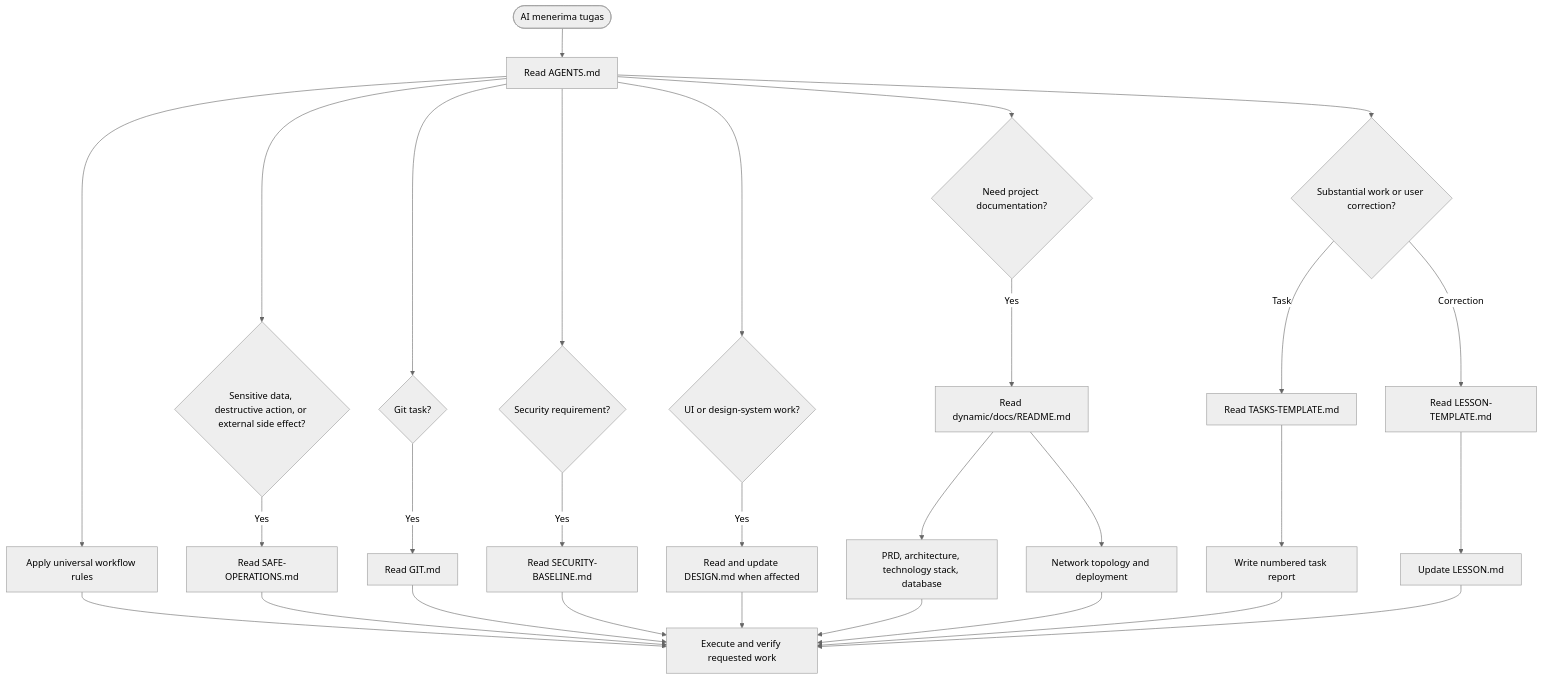
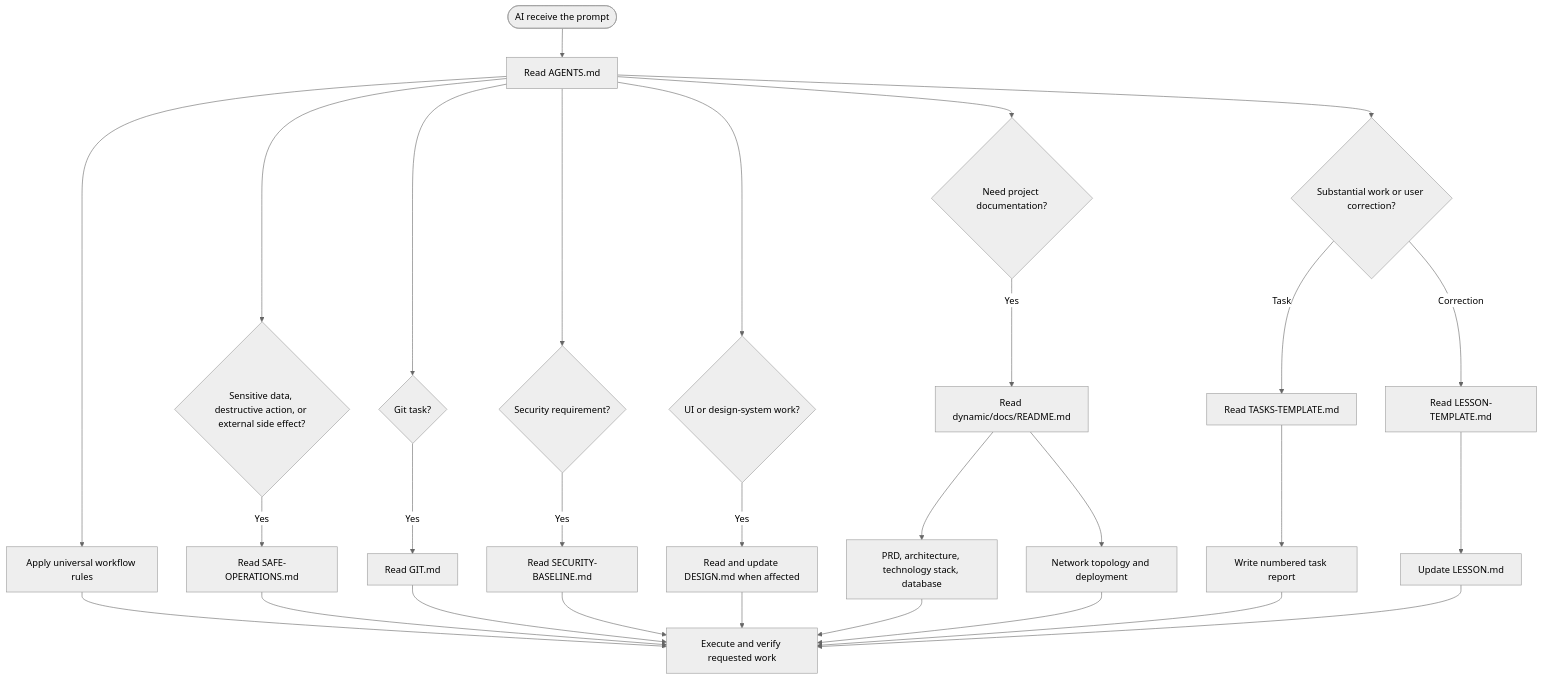
The diagram in README.md (manry-hub/agent-foundry), drawn with Mermaid (neutral theme) before and after one commit. The commit also changed other lines of this file and 1 other file, not shown here.

````diff
--- a/README.md
+++ b/README.md
@@ -40,38 +7,38 @@
 ```mermaid
 flowchart TD
-  task([AI menerima tugas]) --> agents[Read AGENTS.md]
+  task([AI receive the prompt]) --> agents[Read AGENTS.md]
   agents --> universal[Apply universal workflow rules]
 
   agents --> safety{Sensitive data, destructive action, or external side effect?}
   safety -->|Yes| safe[Read SAFE-OPERATIONS.md]
 
   agents --> git{Git task?}
   git -->|Yes| gitRules[Read GIT.md]
 
   agents --> security{Security requirement?}
   security -->|Yes| securityBaseline[Read SECURITY-BASELINE.md]
 
   agents --> ui{UI or design-system work?}
   ui -->|Yes| design[Read and update DESIGN.md when affected]
 
   agents --> context{Need project documentation?}
   context -->|Yes| docsIndex[Read dynamic/docs/README.md]
   docsIndex --> product[PRD, architecture, technology stack, database]
   docsIndex --> production[Network topology and deployment]
 
   agents --> record{Substantial work or user correction?}
   record -->|Task| taskTemplate[Read TASKS-TEMPLATE.md]
   record -->|Correction| lessonTemplate[Read LESSON-TEMPLATE.md]
   taskTemplate --> taskReport[Write numbered task report]
   lessonTemplate --> lessonReport[Update LESSON.md]
 
   universal --> execute[Execute and verify requested work]
   safe --> execute
   gitRules --> execute
   securityBaseline --> execute
   design --> execute
   product --> execute
   production --> execute
   taskReport --> execute
   lessonReport --> execute
 ```
````
